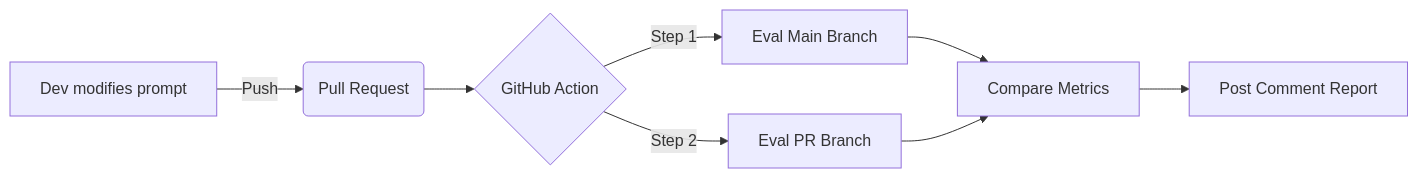
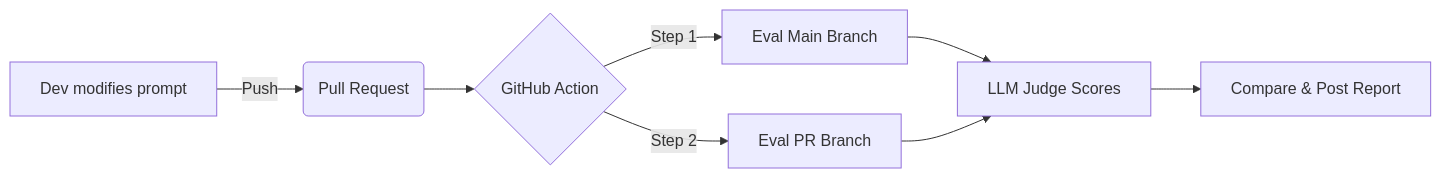
The first of 2 diagrams in readme.md (afifai/prompt-engineering-as-a-code-research), drawn with Mermaid before and after one commit. The commit also changed other lines of this file and 6 other files, not shown here.

````diff
--- a/readme.md
+++ b/readme.md
@@ -44,9 +51,9 @@
-``` mermaid
+```mermaid
 graph LR
     A[Dev modifies prompt] -->|Push| B(Pull Request)
     B --> C{GitHub Action}
     C -->|Step 1| D[Eval Main Branch]
     C -->|Step 2| E[Eval PR Branch]
-    D & E --> F[Compare Metrics]
-    F --> G[Post Comment Report]
+    D & E --> F[LLM Judge Scores]
+    F --> G[Compare & Post Report]
 ```
````
